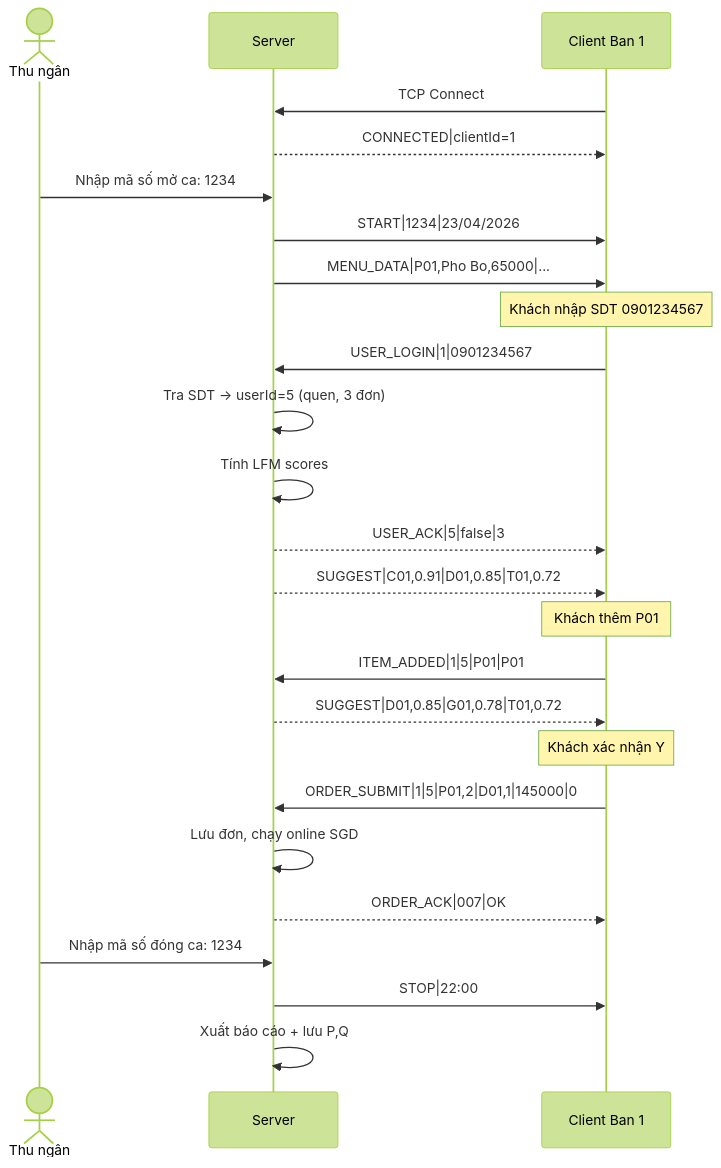
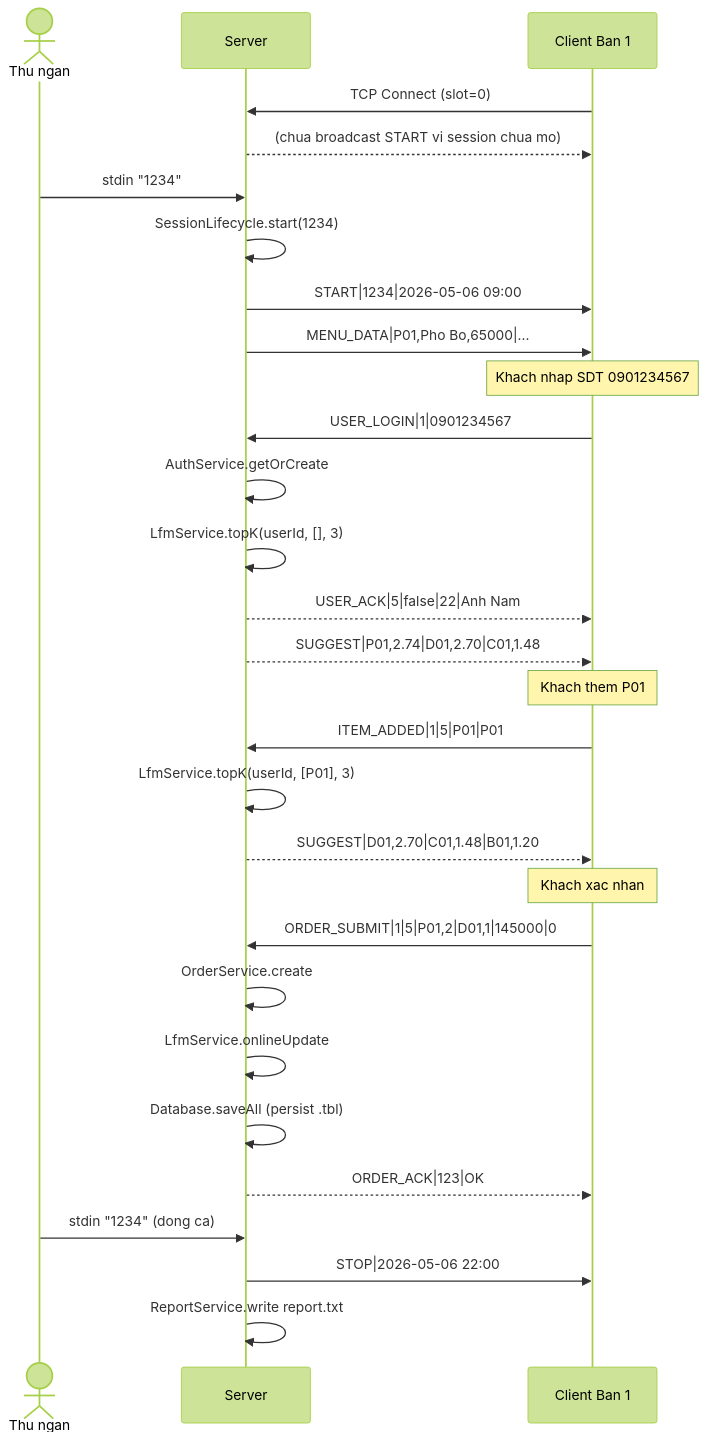
One commit to qchien643/pbl1_recommendation_system_using_lantent_factor changed the first of 3 diagrams in .claude/knowledge/04-network-protocol.md. Above: the diagram before and after it, drawn with Mermaid (forest theme). The commit also changed other lines of this file and 126 other files, not shown here.

````diff
--- a/.claude/knowledge/04-network-protocol.md
+++ b/.claude/knowledge/04-network-protocol.md
@@ -48,33 +52,37 @@
 ```mermaid
 sequenceDiagram
-    actor TN as Thu ngân
+    actor TN as Thu ngan
     participant SRV as Server
     participant C1 as Client Ban 1
 
-    C1->>SRV: TCP Connect
-    SRV-->>C1: CONNECTED|clientId=1
+    C1->>SRV: TCP Connect (slot=0)
+    SRV-->>C1: (chua broadcast START vi session chua mo)
 
-    TN->>SRV: Nhập mã số mở ca: 1234
-    SRV->>C1: START|1234|23/04/2026
+    TN->>SRV: stdin "1234"
+    SRV->>SRV: SessionLifecycle.start(1234)
+    SRV->>C1: START|1234|2026-05-06 09:00
     SRV->>C1: MENU_DATA|P01,Pho Bo,65000|...
 
-    Note over C1: Khách nhập SDT 0901234567
+    Note over C1: Khach nhap SDT 0901234567
     C1->>SRV: USER_LOGIN|1|0901234567
-    SRV->>SRV: Tra SDT → userId=5 (quen, 3 đơn)
-    SRV->>SRV: Tính LFM scores
-    SRV-->>C1: USER_ACK|5|false|3
-    SRV-->>C1: SUGGEST|C01,0.91|D01,0.85|T01,0.72
+    SRV->>SRV: AuthService.getOrCreate
+    SRV->>SRV: LfmService.topK(userId, [], 3)
+    SRV-->>C1: USER_ACK|5|false|22|Anh Nam
+    SRV-->>C1: SUGGEST|P01,2.74|D01,2.70|C01,1.48
 
-    Note over C1: Khách thêm P01
+    Note over C1: Khach them P01
     C1->>SRV: ITEM_ADDED|1|5|P01|P01
-    SRV-->>C1: SUGGEST|D01,0.85|G01,0.78|T01,0.72
+    SRV->>SRV: LfmService.topK(userId, [P01], 3)
+    SRV-->>C1: SUGGEST|D01,2.70|C01,1.48|B01,1.20
 
-    Note over C1: Khách xác nhận Y
+    Note over C1: Khach xac nhan
     C1->>SRV: ORDER_SUBMIT|1|5|P01,2|D01,1|145000|0
-    SRV->>SRV: Lưu đơn, chạy online SGD
-    SRV-->>C1: ORDER_ACK|007|OK
+    SRV->>SRV: OrderService.create
+    SRV->>SRV: LfmService.onlineUpdate
+    SRV->>SRV: Database.saveAll (persist .tbl)
+    SRV-->>C1: ORDER_ACK|123|OK
 
-    TN->>SRV: Nhập mã số đóng ca: 1234
-    SRV->>C1: STOP|22:00
-    SRV->>SRV: Xuất báo cáo + lưu P,Q
+    TN->>SRV: stdin "1234" (dong ca)
+    SRV->>C1: STOP|2026-05-06 22:00
+    SRV->>SRV: ReportService.write report.txt
 ```
````
